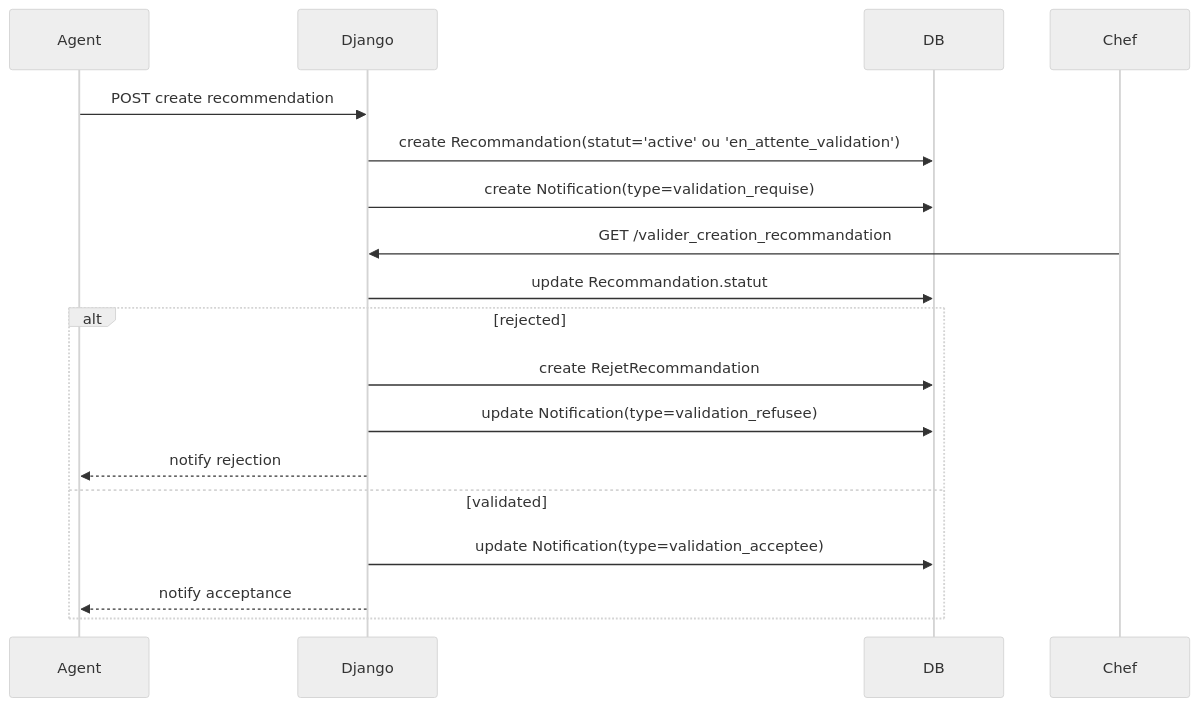
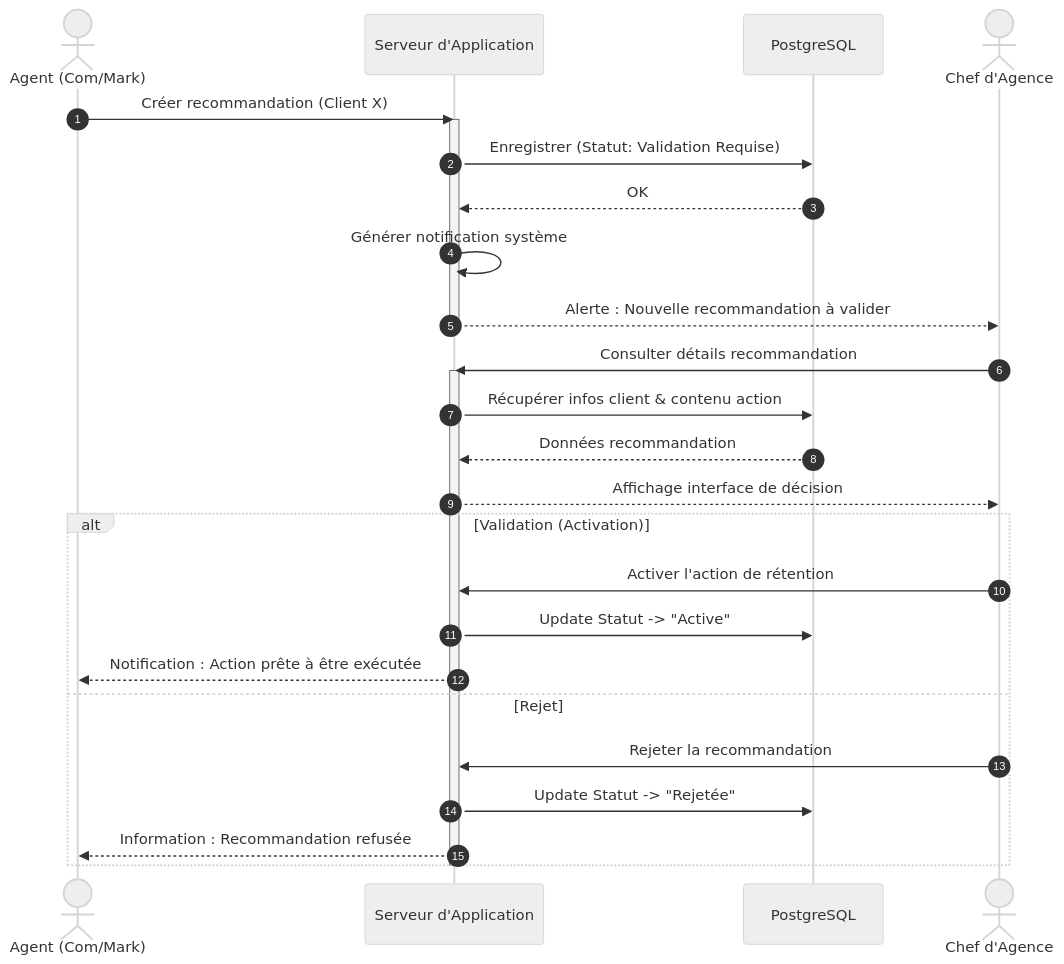
Before and after one commit to emmanuellabiboum/pfe: the seventh of 8 diagrams in digramme.md, drawn with Mermaid (neutral theme). The commit also changed other lines of this file and 28 other files, not shown here.

````diff
--- a/digramme.md
+++ b/digramme.md
@@ -507,21 +371,33 @@
 ```mermaid
 sequenceDiagram
-    participant Agent
-    participant Django
-    participant DB
-    participant Chef
+    autonumber
+    actor Agent as Agent (Com/Mark)
+    participant App as Serveur d'Application
+    participant DB as PostgreSQL
+    actor Chef as Chef d'Agence
 
-    Agent->>Django: POST create recommendation
-    Django->>DB: create Recommandation(statut='active' ou 'en_attente_validation')
-    Django->>DB: create Notification(type=validation_requise)
-    Chef->>Django: GET /valider_creation_recommandation
-    Django->>DB: update Recommandation.statut
-    alt rejected
-        Django->>DB: create RejetRecommandation
-        Django->>DB: update Notification(type=validation_refusee)
-        Django-->>Agent: notify rejection
-    else validated
-        Django->>DB: update Notification(type=validation_acceptee)
-        Django-->>Agent: notify acceptance
+    Agent->>App: Créer recommandation (Client X)
+    activate App
+    App->>DB: Enregistrer (Statut: Validation Requise)
+    DB-->>App: OK
+    App->>App: Générer notification système
+    App-->>Chef: Alerte : Nouvelle recommandation à valider
+    deactivate App
+
+    Chef->>App: Consulter détails recommandation
+    activate App
+    App->>DB: Récupérer infos client & contenu action
+    DB-->>App: Données recommandation
+    App-->>Chef: Affichage interface de décision
+
+    alt Validation (Activation)
+        Chef->>App: Activer l'action de rétention
+        App->>DB: Update Statut -> "Active"
+        App-->>Agent: Notification : Action prête à être exécutée
+    else Rejet
+        Chef->>App: Rejeter la recommandation
+        App->>DB: Update Statut -> "Rejetée"
+        App-->>Agent: Information : Recommandation refusée
     end
+    deactivate App
 ```
````
